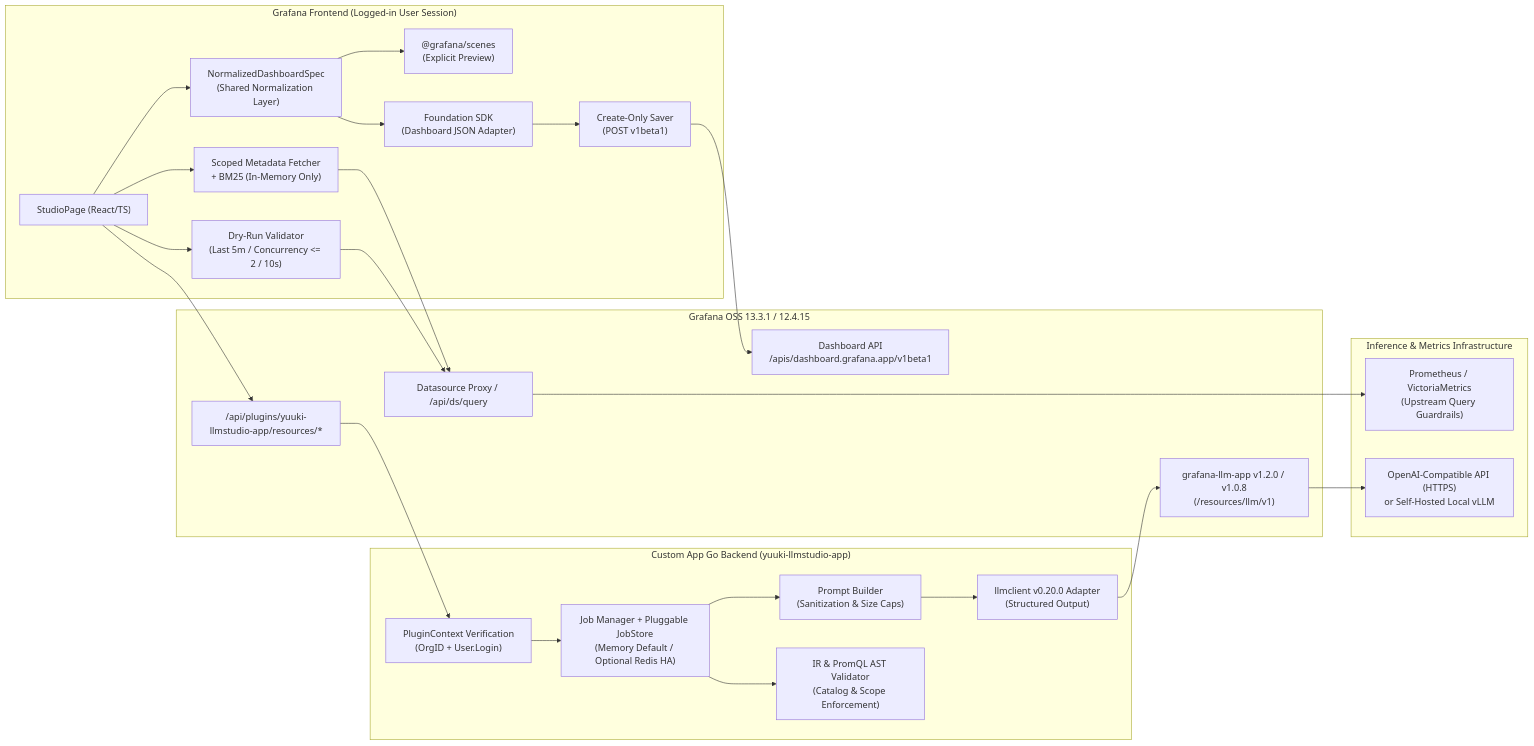
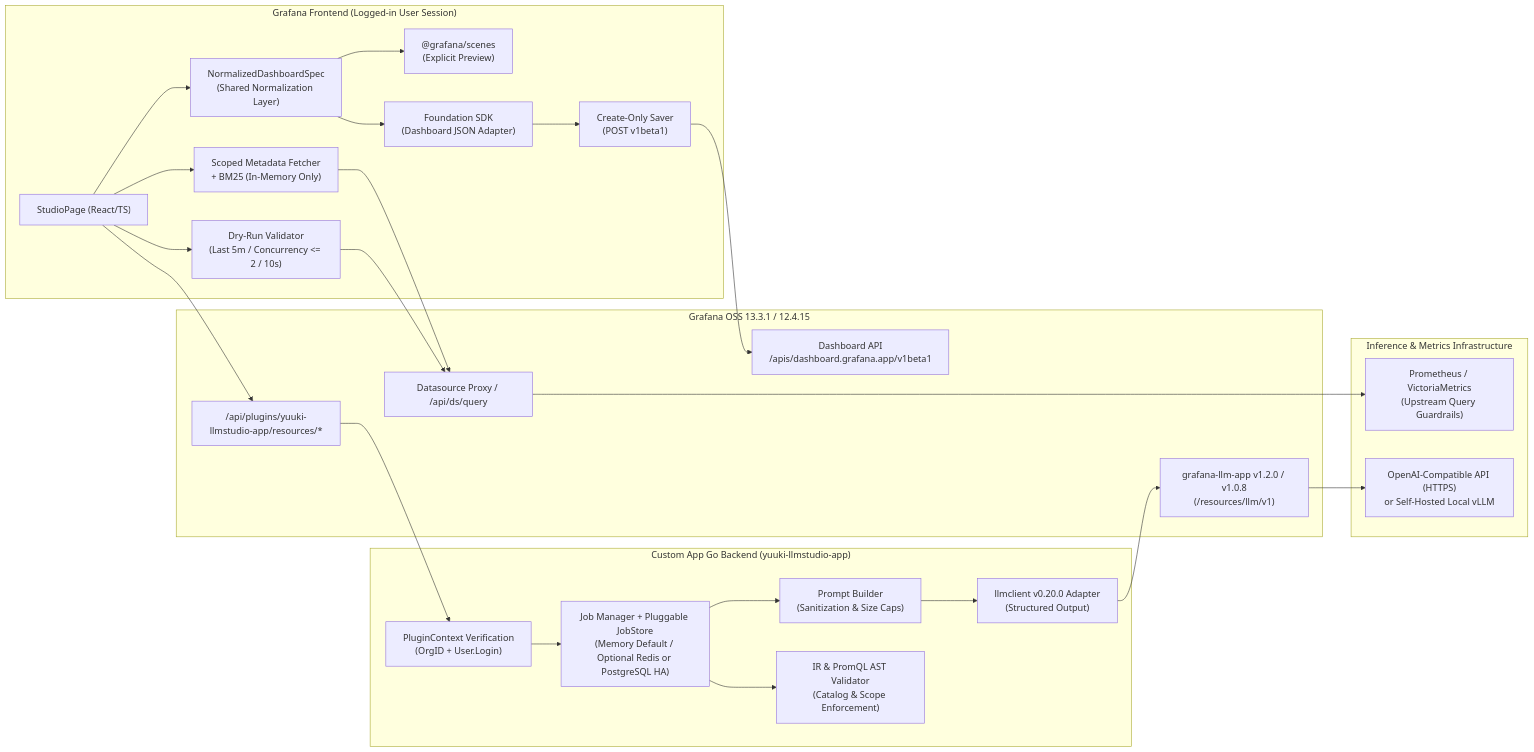
The first of 2 diagrams in docs/architecture.md (yuuki/grafana-llm-studio-app), drawn with Mermaid before and after one commit. The commit also changed other lines of this file and 21 other files, not shown here.

````diff
--- a/docs/architecture.md
+++ b/docs/architecture.md
@@ -5,41 +5,41 @@
 ```mermaid
 flowchart LR
   subgraph Browser["Grafana Frontend (Logged-in User Session)"]
     UI["StudioPage (React/TS)"]
     Meta["Scoped Metadata Fetcher\n+ BM25 (In-Memory Only)"]
     Val["Dry-Run Validator\n(Last 5m / Concurrency <= 2 / 10s)"]
     Norm["NormalizedDashboardSpec\n(Shared Normalization Layer)"]
     Scenes["@grafana/scenes\n(Explicit Preview)"]
     Found["Foundation SDK\n(Dashboard JSON Adapter)"]
     Saver["Create-Only Saver\n(POST v1beta1)"]
   end
 
   subgraph Grafana["Grafana OSS 13.3.1 / 12.4.15"]
     AppAPI["/api/plugins/yuuki-llmstudio-app/resources/*"]
     LLMApp["grafana-llm-app v1.2.0 / v1.0.8\n(/resources/llm/v1)"]
     DSProxy["Datasource Proxy / /api/ds/query"]
     DashAPI["Dashboard API\n/apis/dashboard.grafana.app/v1beta1"]
   end
 
   subgraph Backend["Custom App Go Backend (yuuki-llmstudio-app)"]
     Auth["PluginContext Verification\n(OrgID + User.Login)"]
-    Jobs["Job Manager + Pluggable JobStore\n(Memory Default / Optional Redis HA)"]
+    Jobs["Job Manager + Pluggable JobStore\n(Memory Default / Optional Redis or PostgreSQL HA)"]
     Prompt["Prompt Builder\n(Sanitization & Size Caps)"]
     IRVal["IR & PromQL AST Validator\n(Catalog & Scope Enforcement)"]
     LLMCli["llmclient v0.20.0 Adapter\n(Structured Output)"]
   end
 
   subgraph Infra["Inference & Metrics Infrastructure"]
     Prom["Prometheus / VictoriaMetrics\n(Upstream Query Guardrails)"]
     VLLM["OpenAI-Compatible API (HTTPS)\nor Self-Hosted Local vLLM"]
   end
 
   UI --> Meta --> DSProxy --> Prom
   UI --> AppAPI --> Auth --> Jobs
   Jobs --> Prompt --> LLMCli --> LLMApp --> VLLM
   Jobs --> IRVal
   UI --> Val --> DSProxy
   UI --> Norm
   Norm --> Scenes
   Norm --> Found --> Saver --> DashAPI
 ```
````
